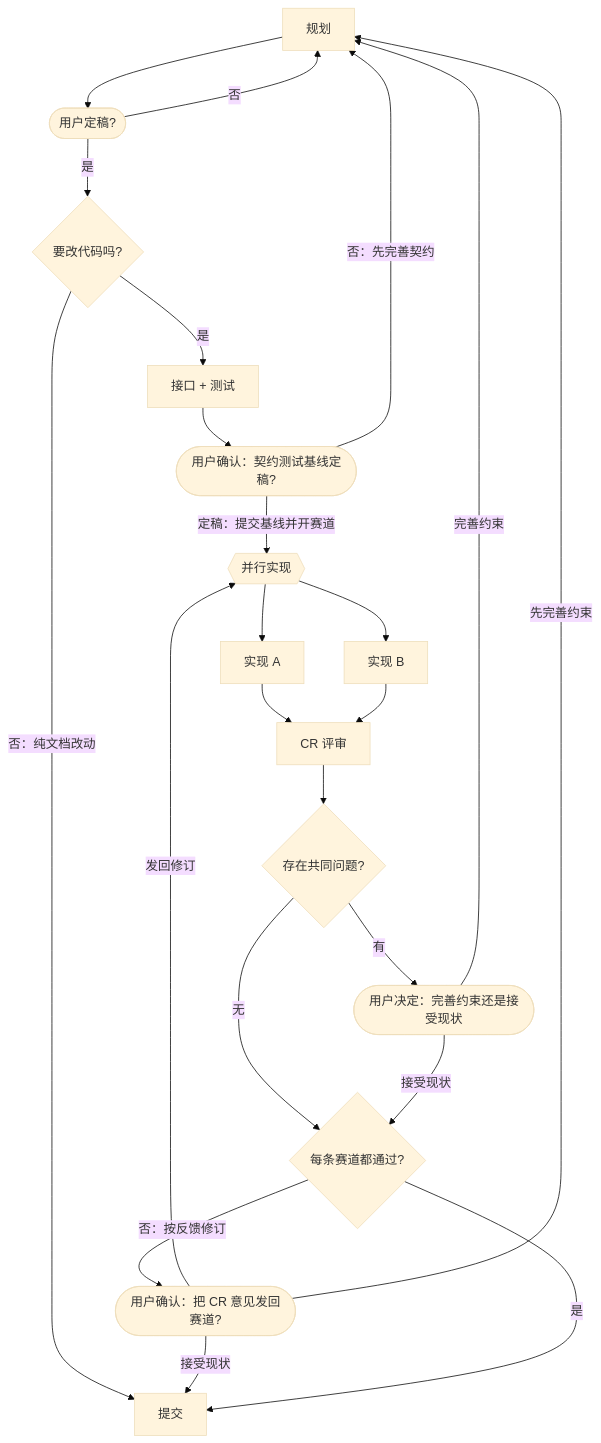
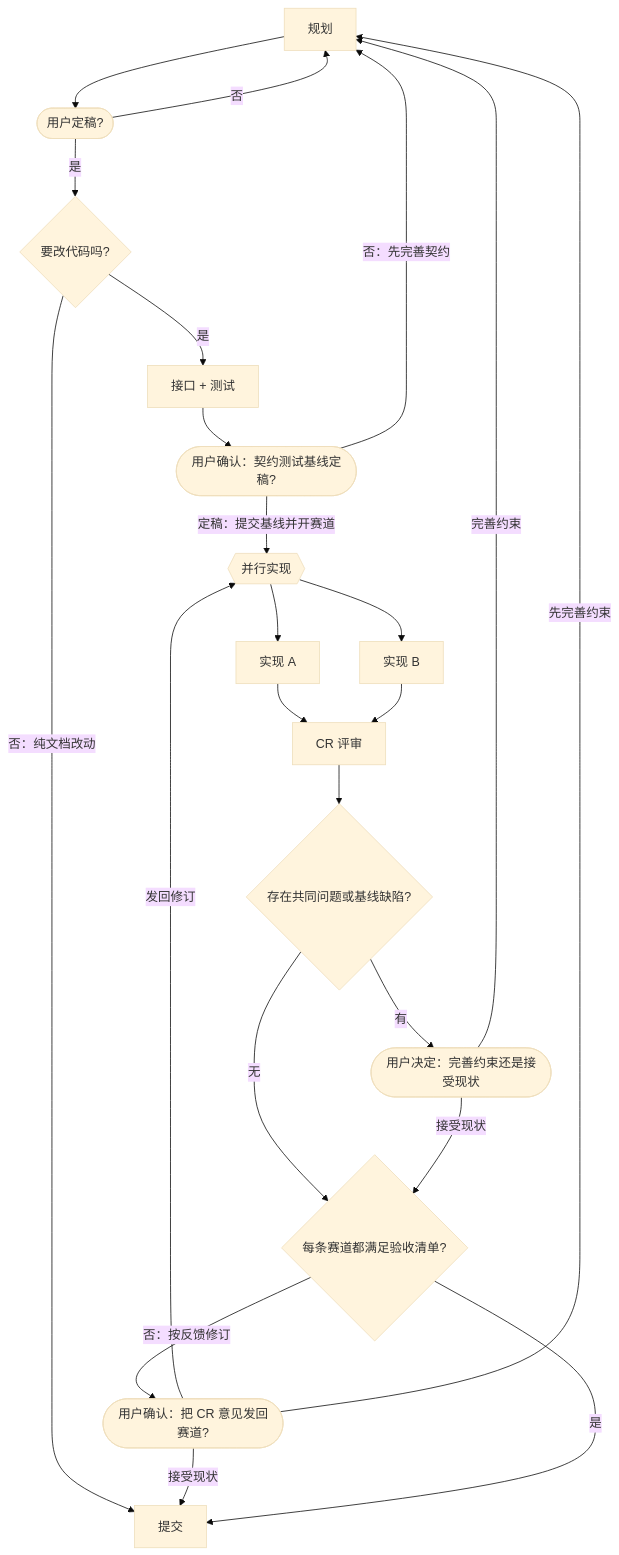
The diagram in docs/racing-code.md (hanbernate/dsh-racing-code), drawn with Mermaid (base theme) before and after one commit. The commit also changed other lines of this file and 8 other files, not shown here.

````diff
--- a/docs/racing-code.md
+++ b/docs/racing-code.md
@@ -35,26 +35,26 @@
 ```mermaid
 flowchart TD
   %% entry: plan
   plan["规划"] --> final(["用户定稿?"])
   final -- "否" --> plan
   final -- "是" --> needs-code{"要改代码吗?"}
   needs-code -- "否：纯文档改动" --> commit["提交"]
   needs-code -- "是" --> contract-tests["接口 + 测试"]
   contract-tests --> baseline(["用户确认：契约测试基线定稿?"])
   baseline -- "定稿：提交基线并开赛道" --> race{{"并行实现"}}
   baseline -- "否：先完善契约" --> plan
   race --> implement-a["实现 A"]
   race --> implement-b["实现 B"]
   implement-a --> cr["CR 评审"]
   implement-b --> cr
-  cr --> common{"存在共同问题?"}
+  cr --> common{"存在共同问题或基线缺陷?"}
   common -- "有" --> gate(["用户决定：完善约束还是接受现状"])
-  common -- "无" --> verdict{"每条赛道都通过?"}
+  common -- "无" --> verdict{"每条赛道都满足验收清单?"}
   gate -- "完善约束" --> plan
   gate -- "接受现状" --> verdict
   verdict -- "否：按反馈修订" --> confirm(["用户确认：把 CR 意见发回赛道?"])
   confirm -- "发回修订" --> race
   confirm -- "先完善约束" --> plan
   confirm -- "接受现状" --> commit
   verdict -- "是" --> commit
 ```
````
